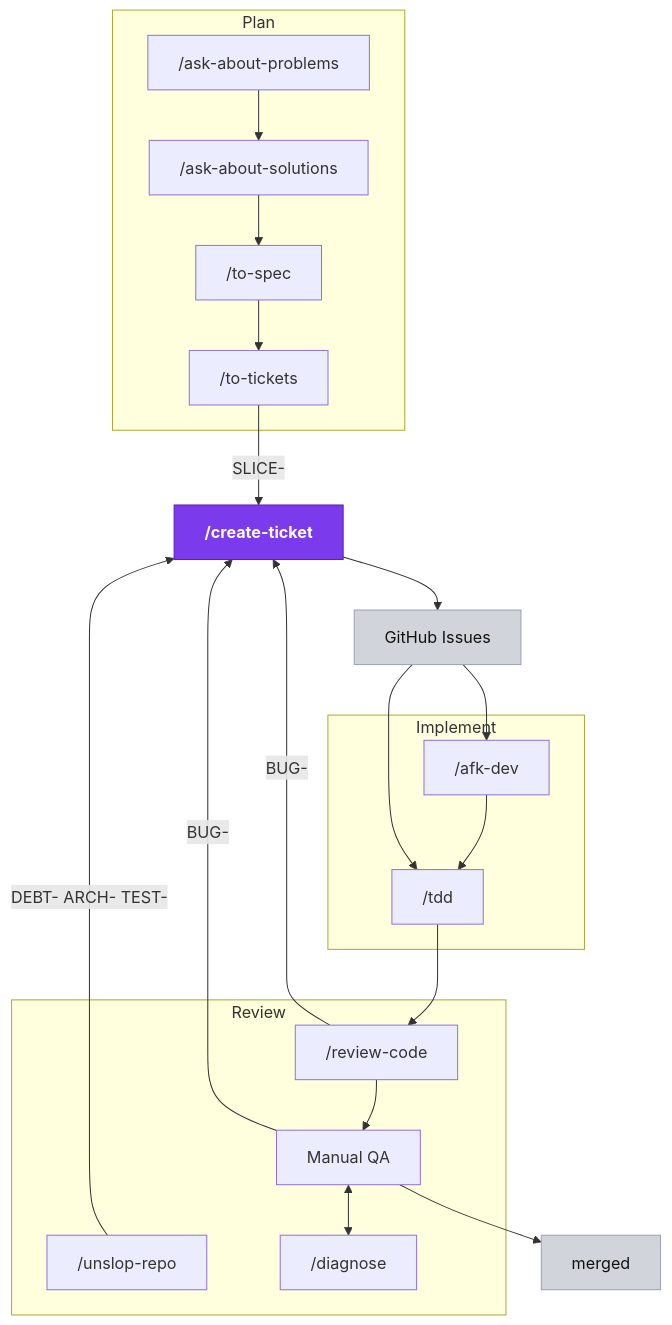
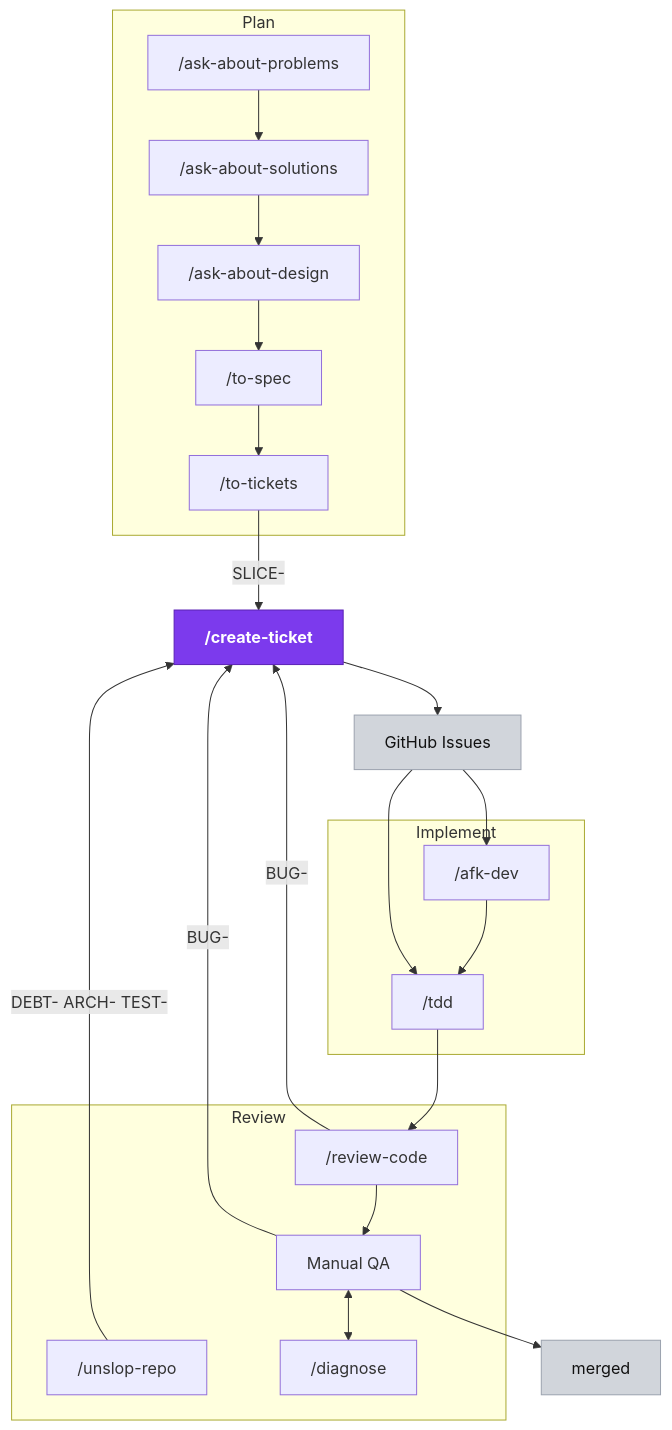
One commit to mskhmelik/agent-skills changed the diagram in skills/product/init-docs/templates/template-readme.md. Above: the diagram before and after it, drawn with Mermaid. The commit also changed other lines of this file and 3 other files, not shown here.

````diff
--- a/skills/product/init-docs/templates/template-readme.md
+++ b/skills/product/init-docs/templates/template-readme.md
@@ -13,34 +13,35 @@
 ```mermaid
 flowchart TB
   subgraph plan [Plan]
     aap["/ask-about-problems"] --> aas["/ask-about-solutions"]
-    aas --> spec["/to-spec"]
+    aas --> aad["/ask-about-design"]
+    aad --> spec["/to-spec"]
     spec --> tix["/to-tickets"]
   end
   ct["/create-ticket"]
   issues["GitHub Issues"]
   subgraph implement [Implement]
     afk["/afk-dev"] --> tdd["/tdd"]
   end
   subgraph review [Review]
     rc["/review-code"] --> qa["Manual QA"]
     qa ~~~ unslop["/unslop-repo"]
     qa <--> dg["/diagnose"]
   end
   merged["merged"]
 
   tix -->|"SLICE-"| ct
   ct --> issues
   issues --> afk
   issues --> tdd
   tdd --> rc
   qa --> merged
   unslop -->|"DEBT- ARCH- TEST-"| ct
   rc -->|"BUG-"| ct
   qa -->|"BUG-"| ct
 
   classDef hub fill:#7c3aed,stroke:#5b21b6,color:#fff,font-weight:bold
   classDef artifact fill:#d1d5db,stroke:#9ca3af,color:#111
   class ct hub
   class issues,merged artifact
 ```
````
